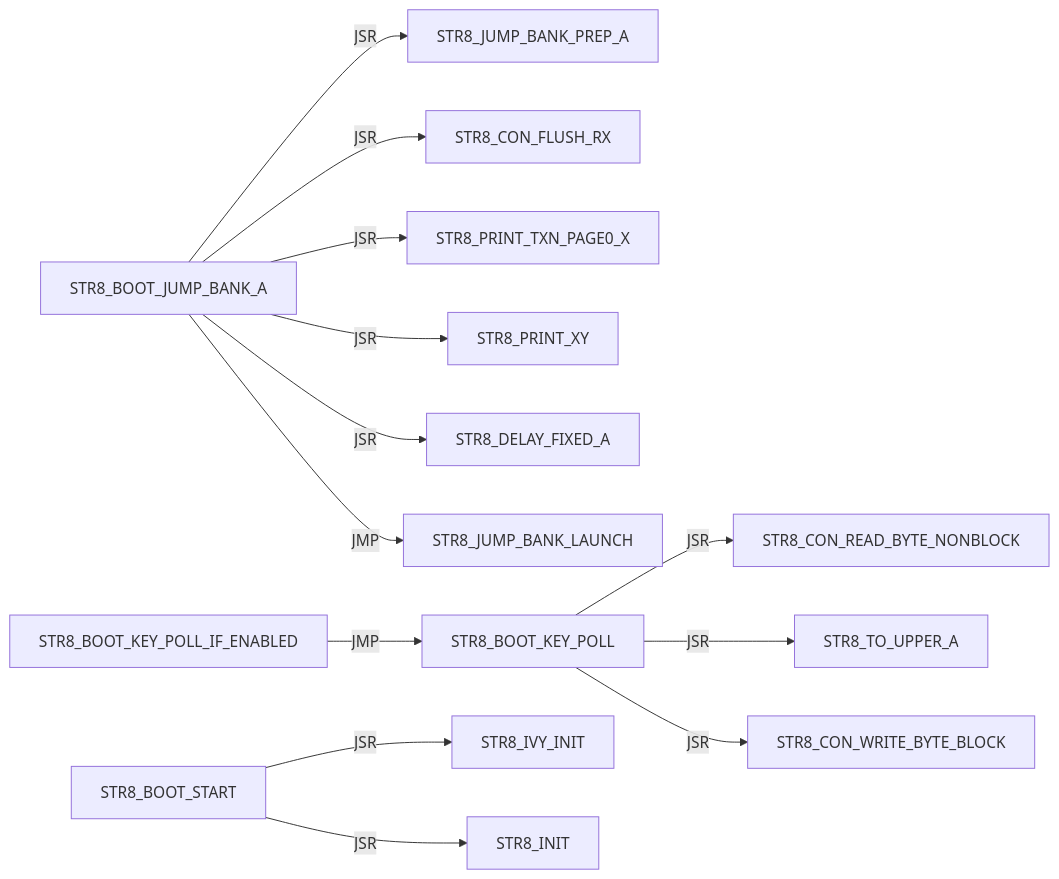
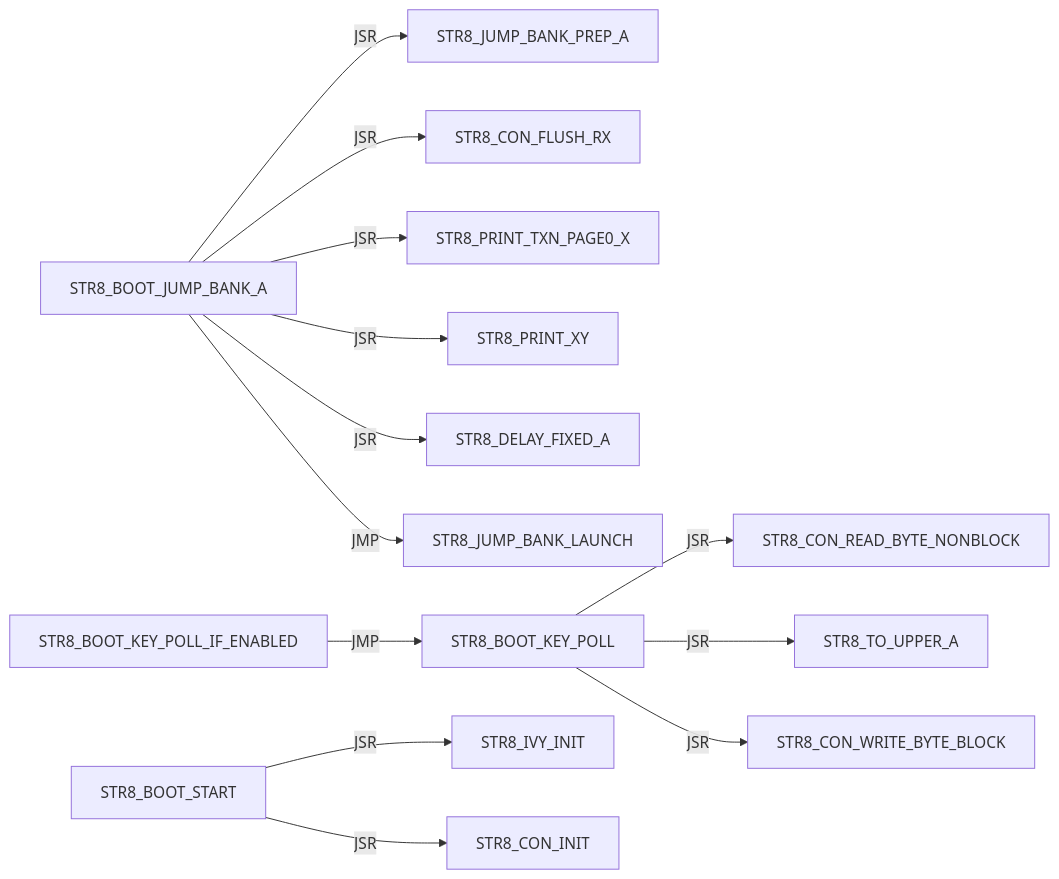
Before and after one commit to 95westus/R-YORS: the sixth of 42 diagrams in DOC/GUIDES/STR8/STR8_EDGE_DUMP.md, drawn with Mermaid. The commit also changed other lines of this file and 25 other files, not shown here.

````diff
--- a/DOC/GUIDES/STR8/STR8_EDGE_DUMP.md
+++ b/DOC/GUIDES/STR8/STR8_EDGE_DUMP.md
@@ -96,15 +95,15 @@
 ```mermaid
 flowchart LR
     N0["STR8_BOOT_JUMP_BANK_A"] -->|JSR| N1["STR8_JUMP_BANK_PREP_A"]
     N0["STR8_BOOT_JUMP_BANK_A"] -->|JSR| N2["STR8_CON_FLUSH_RX"]
     N0["STR8_BOOT_JUMP_BANK_A"] -->|JSR| N3["STR8_PRINT_TXN_PAGE0_X"]
     N0["STR8_BOOT_JUMP_BANK_A"] -->|JSR| N4["STR8_PRINT_XY"]
     N0["STR8_BOOT_JUMP_BANK_A"] -->|JSR| N5["STR8_DELAY_FIXED_A"]
     N0["STR8_BOOT_JUMP_BANK_A"] -->|JMP| N6["STR8_JUMP_BANK_LAUNCH"]
     N7["STR8_BOOT_KEY_POLL"] -->|JSR| N8["STR8_CON_READ_BYTE_NONBLOCK"]
     N7["STR8_BOOT_KEY_POLL"] -->|JSR| N9["STR8_TO_UPPER_A"]
     N7["STR8_BOOT_KEY_POLL"] -->|JSR| N10["STR8_CON_WRITE_BYTE_BLOCK"]
     N11["STR8_BOOT_KEY_POLL_IF_ENABLED"] -->|JMP| N7["STR8_BOOT_KEY_POLL"]
     N12["STR8_BOOT_START"] -->|JSR| N13["STR8_IVY_INIT"]
-    N12["STR8_BOOT_START"] -->|JSR| N14["STR8_INIT"]
+    N12["STR8_BOOT_START"] -->|JSR| N14["STR8_CON_INIT"]
 ```
````
